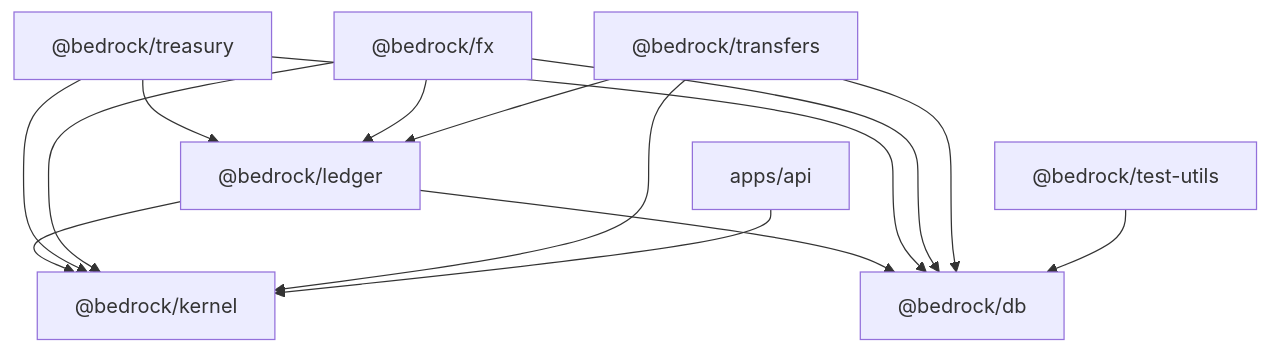
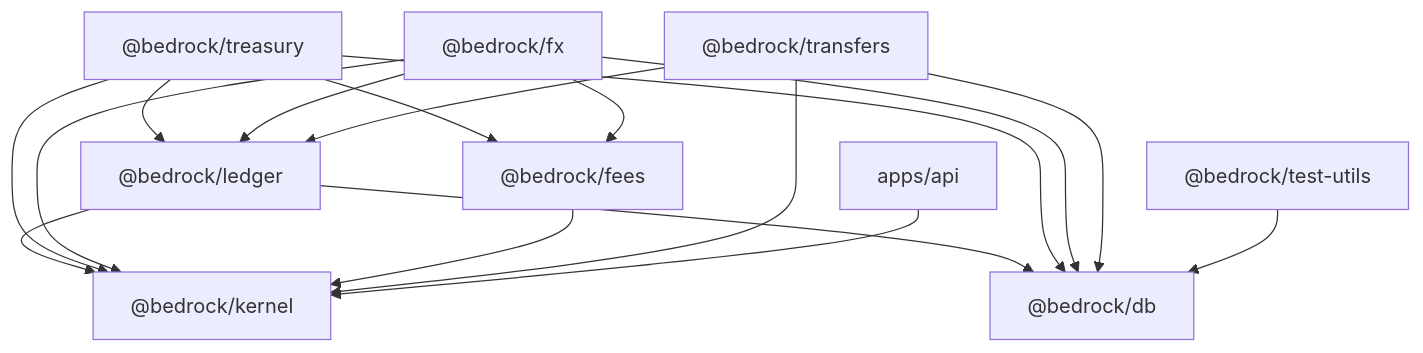
The first of 2 diagrams in docs/architecture.md (MPayments/bedrock), drawn with Mermaid before and after one commit. The commit also changed other lines of this file and 33 other files, not shown here.

Commit message:
feat: integrate @bedrock/fees into treasury and fx packages for unified fee management and calculations

````diff
--- a/docs/architecture.md
+++ b/docs/architecture.md
@@ -34,25 +35,29 @@
 ```mermaid
 graph TD
     K["@bedrock/kernel"]
     DB["@bedrock/db"]
     L["@bedrock/ledger"]
     T["@bedrock/treasury"]
     FX["@bedrock/fx"]
+    FEES["@bedrock/fees"]
     TR["@bedrock/transfers"]
     TU["@bedrock/test-utils"]
     API["apps/api"]
 
     L --> K
     L --> DB
     T --> L
     T --> DB
     T --> K
+    T --> FEES
     FX --> DB
     FX --> K
     FX --> L
+    FX --> FEES
+    FEES --> K
     TR --> DB
     TR --> K
     TR --> L
     TU --> DB
     API --> K
 ```
````
